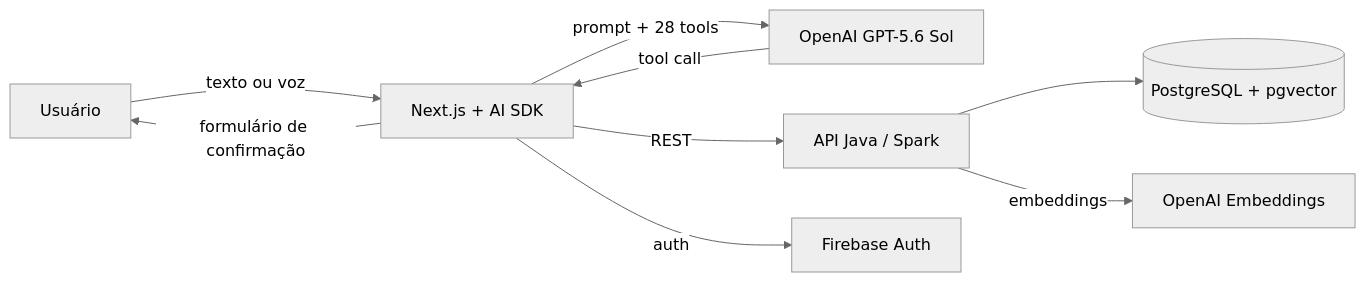
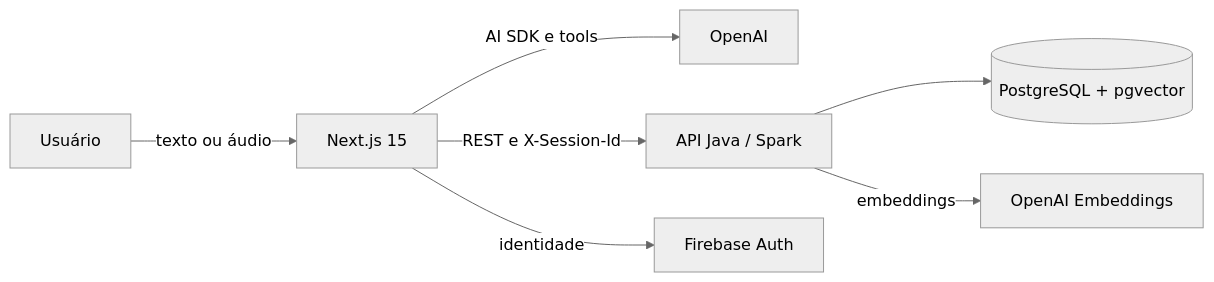
One commit to matheuusprocopio/financial-controller changed the diagram in README.md. Above: the diagram before and after it, drawn with Mermaid (neutral theme). The commit also changed other lines of this file and 6 other files, not shown here.

````diff
--- a/README.md
+++ b/README.md
@@ -19,11 +22,9 @@
 ```mermaid
 flowchart LR
-    U[Usuário] -->|texto ou voz| FE[Next.js + AI SDK]
-    FE -->|prompt + 28 tools| LLM[OpenAI GPT-5.6 Sol]
-    LLM -->|tool call| FE
-    FE -->|formulário de confirmação| U
-    FE -->|REST| BE[API Java / Spark]
+    U[Usuário] -->|texto ou áudio| FE[Next.js 15]
+    FE -->|AI SDK e tools| LLM[OpenAI]
+    FE -->|REST e X-Session-Id| BE[API Java / Spark]
     BE --> DB[(PostgreSQL + pgvector)]
     BE -->|embeddings| EMB[OpenAI Embeddings]
-    FE -->|auth| FB[Firebase Auth]
+    FE -->|identidade| FB[Firebase Auth]
 ```
````
